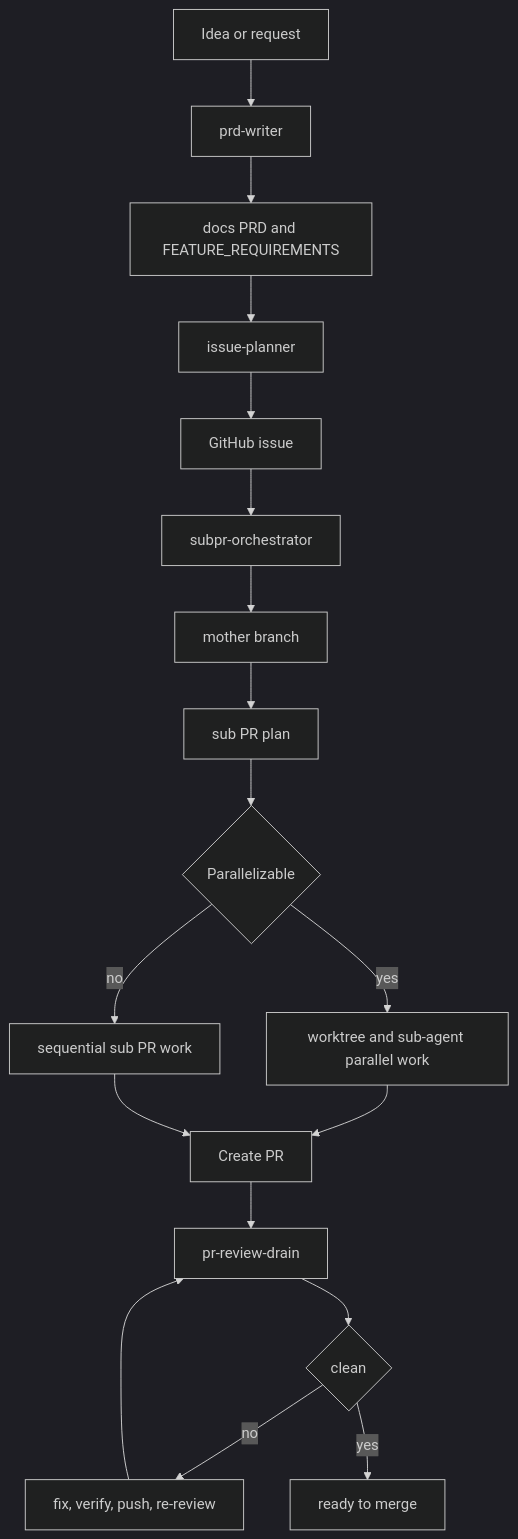
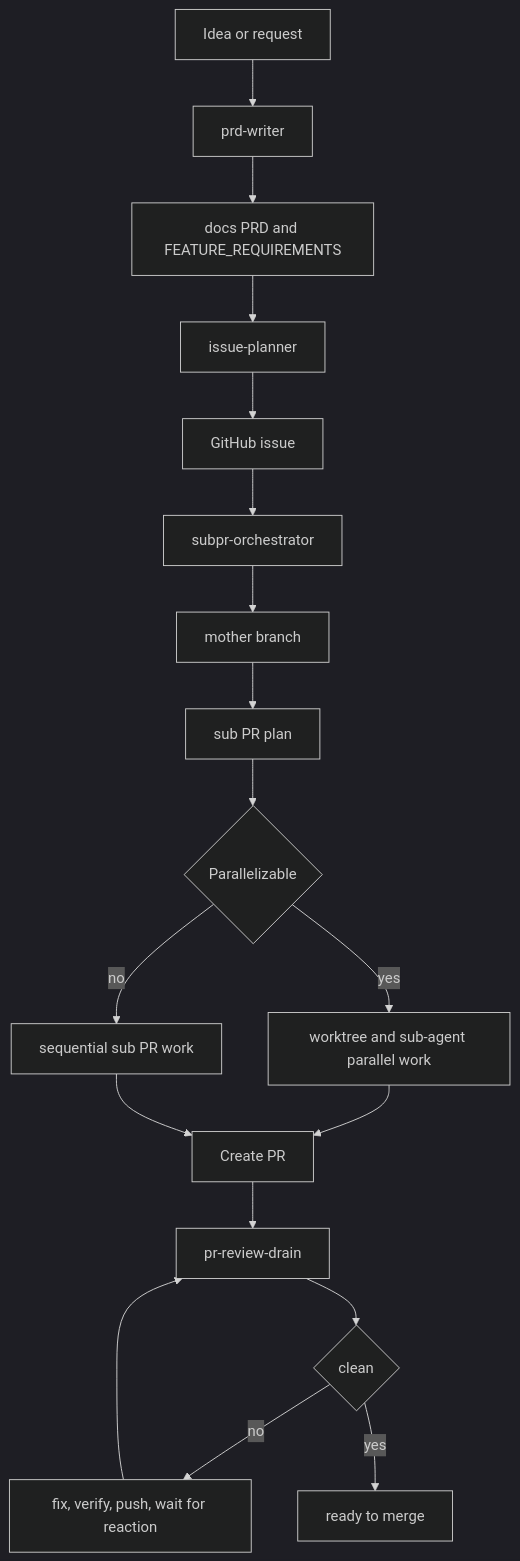
The second of 11 diagrams in README.en.md (limcpf/octosmith), drawn with Mermaid (dark theme) before and after one commit. The commit also changed other lines of this file and 6 other files, not shown here.

````diff
--- a/README.en.md
+++ b/README.en.md
@@ -71,20 +71,20 @@
 ```mermaid
 flowchart TD
   A[Idea or request] --> B[prd-writer]
   B --> C[docs PRD and FEATURE_REQUIREMENTS]
   C --> D[issue-planner]
   D --> E[GitHub issue]
   E --> F[subpr-orchestrator]
   F --> G[mother branch]
   G --> H[sub PR plan]
   H --> I{Parallelizable}
   I -->|yes| J[worktree and sub-agent parallel work]
   I -->|no| K[sequential sub PR work]
   J --> L[Create PR]
   K --> L
   L --> M[pr-review-drain]
   M --> N{clean}
-  N -->|no| O[fix, verify, push, re-review]
+  N -->|no| O[fix, verify, push, wait for reaction]
   O --> M
   N -->|yes| P[ready to merge]
 ```
````
